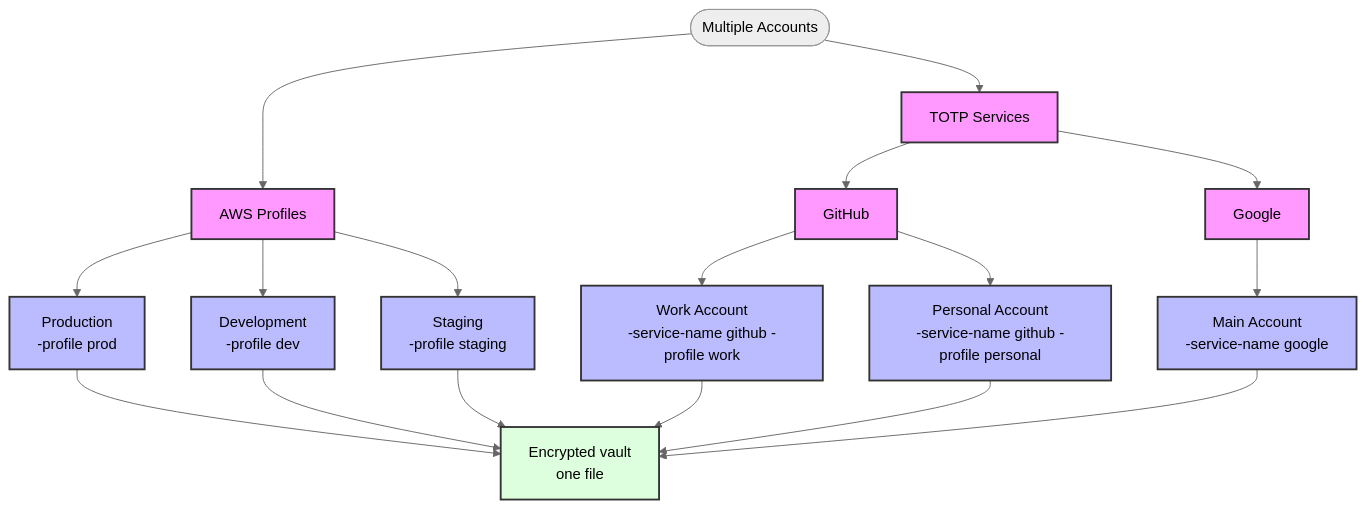
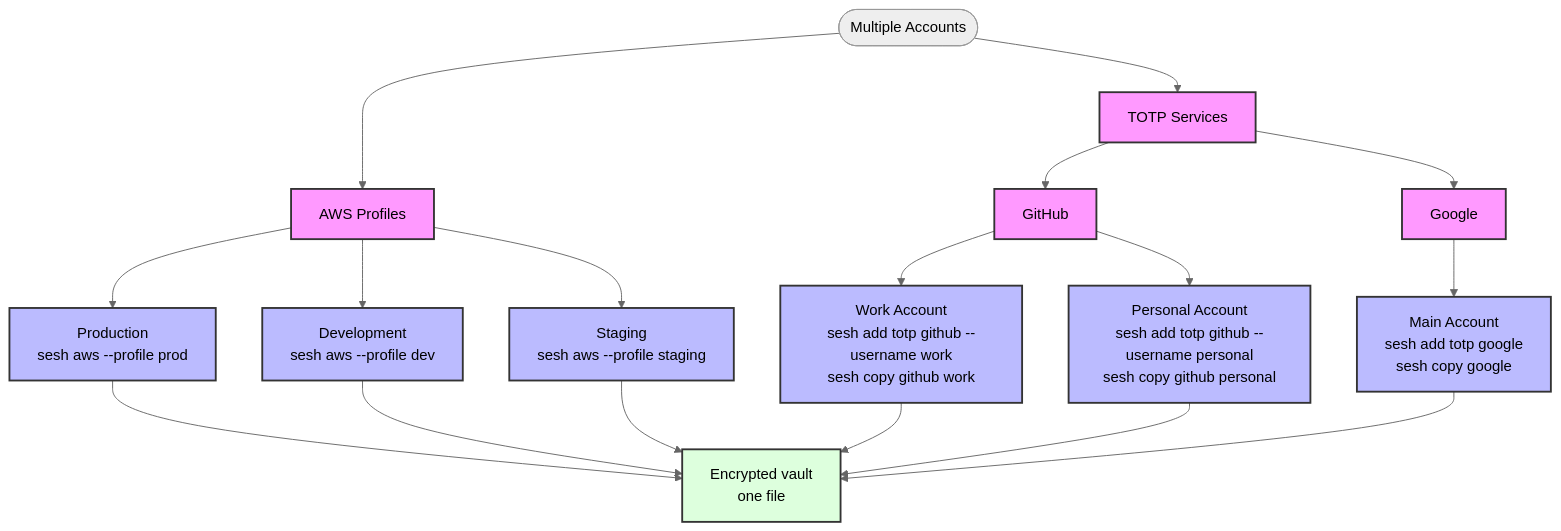
Before and after one commit to bashhack/sesh: the second of 2 diagrams in docs/USAGE_AND_CONFIGURATION.md, drawn with Mermaid. The commit also changed other lines of this file and 28 other files, not shown here.

````diff
--- a/docs/USAGE_AND_CONFIGURATION.md
+++ b/docs/USAGE_AND_CONFIGURATION.md
@@ -939,25 +996,25 @@
 ```mermaid
 %%{init: {'theme': 'neutral'}}%%
 flowchart TD
     classDef profile fill:#bbf,stroke:#333,stroke-width:2px
     classDef service fill:#f9f,stroke:#333,stroke-width:2px
     classDef vault fill:#dfd,stroke:#333,stroke-width:2px
 
     Start([Multiple Accounts])
     
     Start --> AWS["AWS Profiles"]:::service
     Start --> TOTP["TOTP Services"]:::service
     
-    AWS --> AWSProd["Production<br>-profile prod"]:::profile
-    AWS --> AWSDev["Development<br>-profile dev"]:::profile
-    AWS --> AWSStaging["Staging<br>-profile staging"]:::profile
+    AWS --> AWSProd["Production<br>sesh aws --profile prod"]:::profile
+    AWS --> AWSDev["Development<br>sesh aws --profile dev"]:::profile
+    AWS --> AWSStaging["Staging<br>sesh aws --profile staging"]:::profile
     
     TOTP --> GitHub["GitHub"]:::service
-    GitHub --> GHWork["Work Account<br>-service-name github -profile work"]:::profile
-    GitHub --> GHPersonal["Personal Account<br>-service-name github -profile personal"]:::profile
+    GitHub --> GHWork["Work Account<br>sesh add totp github --username work<br>sesh copy github work"]:::profile
+    GitHub --> GHPersonal["Personal Account<br>sesh add totp github --username personal<br>sesh copy github personal"]:::profile
     
     TOTP --> Google["Google"]:::service
-    Google --> GoogleMain["Main Account<br>-service-name google"]:::profile
+    Google --> GoogleMain["Main Account<br>sesh add totp google<br>sesh copy google"]:::profile
     
     AWSProd & AWSDev & AWSStaging & GHWork & GHPersonal & GoogleMain --> KC["Encrypted vault<br>one file"]:::vault
 ```
````
